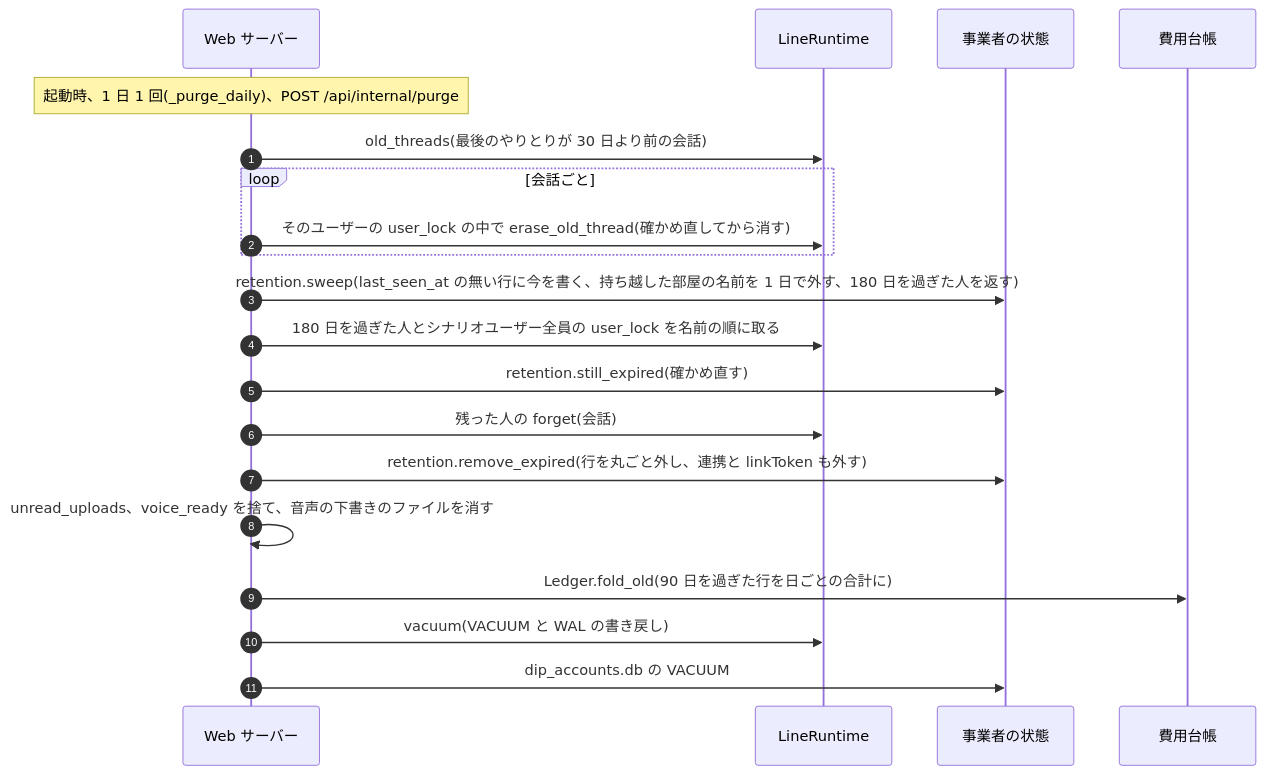
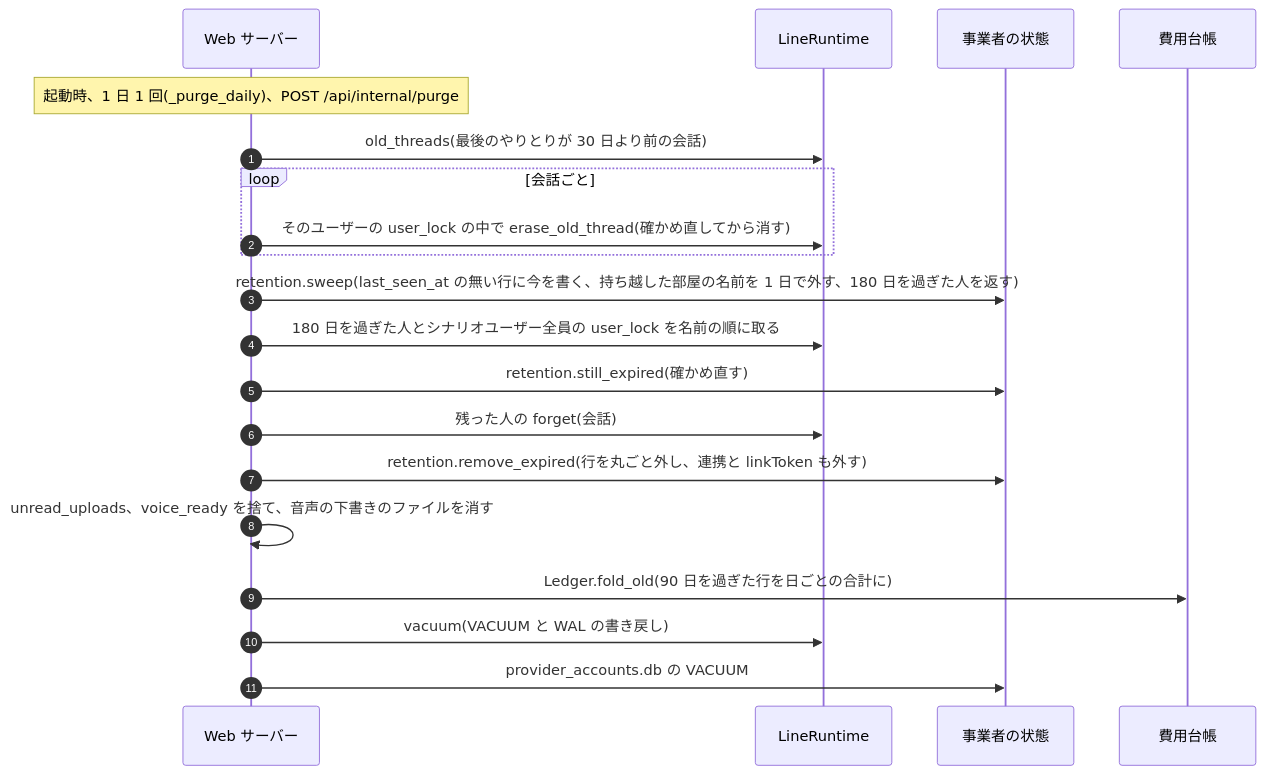
Before and after one commit to jyoka/aica: the ninth of 12 diagrams in docs/architecture/lld.md, drawn with Mermaid. The commit also changed other lines of this file and 389 other files, not shown here.

````diff
--- a/docs/architecture/lld.md
+++ b/docs/architecture/lld.md
@@ -1124,23 +1125,23 @@
 ```mermaid
 sequenceDiagram
     autonumber
     participant S as Web サーバー
     participant R as LineRuntime
     participant D as 事業者の状態
     participant L as 費用台帳
 
     Note over S: 起動時、1 日 1 回(_purge_daily)、POST /api/internal/purge
     S->>R: old_threads(最後のやりとりが 30 日より前の会話)
     loop 会話ごと
         S->>R: そのユーザーの user_lock の中で erase_old_thread(確かめ直してから消す)
     end
     S->>D: retention.sweep(last_seen_at の無い行に今を書く、持ち越した部屋の名前を 1 日で外す、180 日を過ぎた人を返す)
     S->>R: 180 日を過ぎた人とシナリオユーザー全員の user_lock を名前の順に取る
     S->>D: retention.still_expired(確かめ直す)
     S->>R: 残った人の forget(会話)
     S->>D: retention.remove_expired(行を丸ごと外し、連携と linkToken も外す)
     S->>S: unread_uploads、voice_ready を捨て、音声の下書きのファイルを消す
     S->>L: Ledger.fold_old(90 日を過ぎた行を日ごとの合計に)
     S->>R: vacuum(VACUUM と WAL の書き戻し)
-    S->>D: dip_accounts.db の VACUUM
+    S->>D: provider_accounts.db の VACUUM
 ```
````
